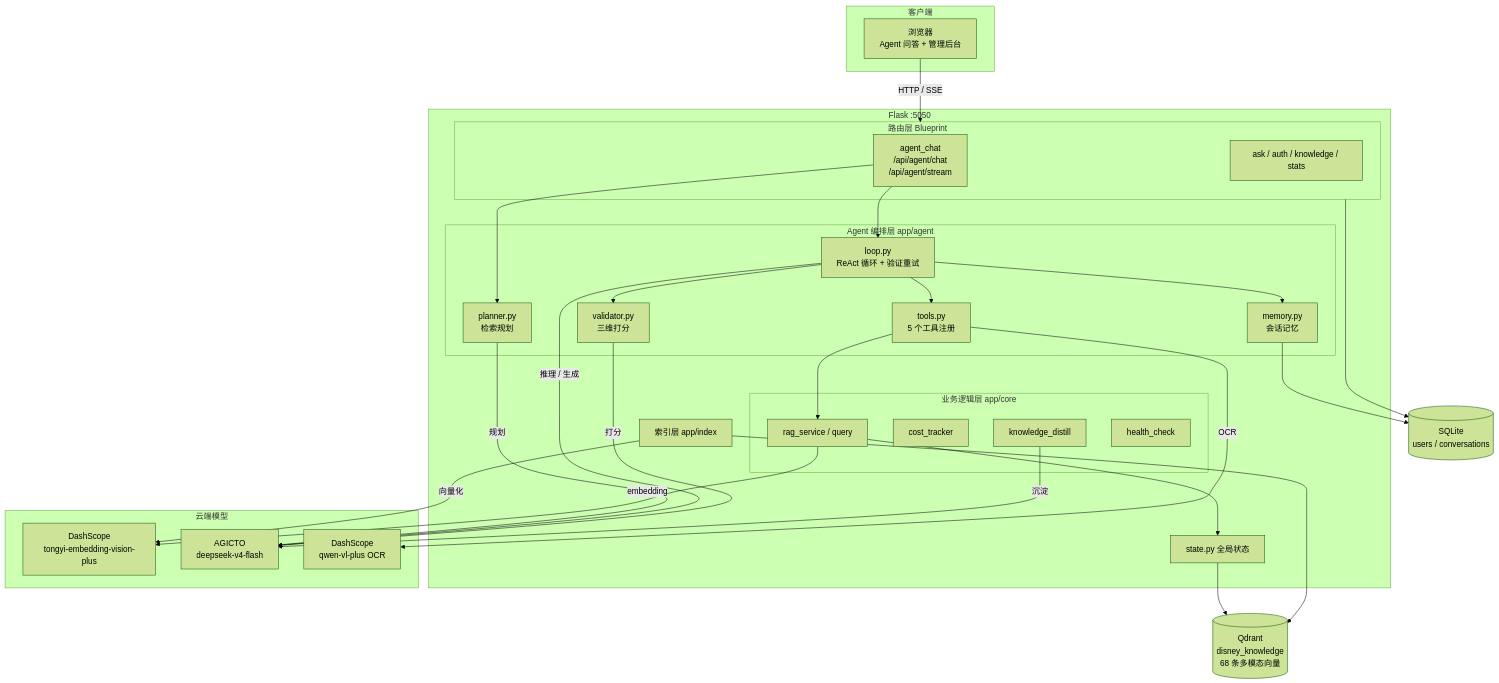
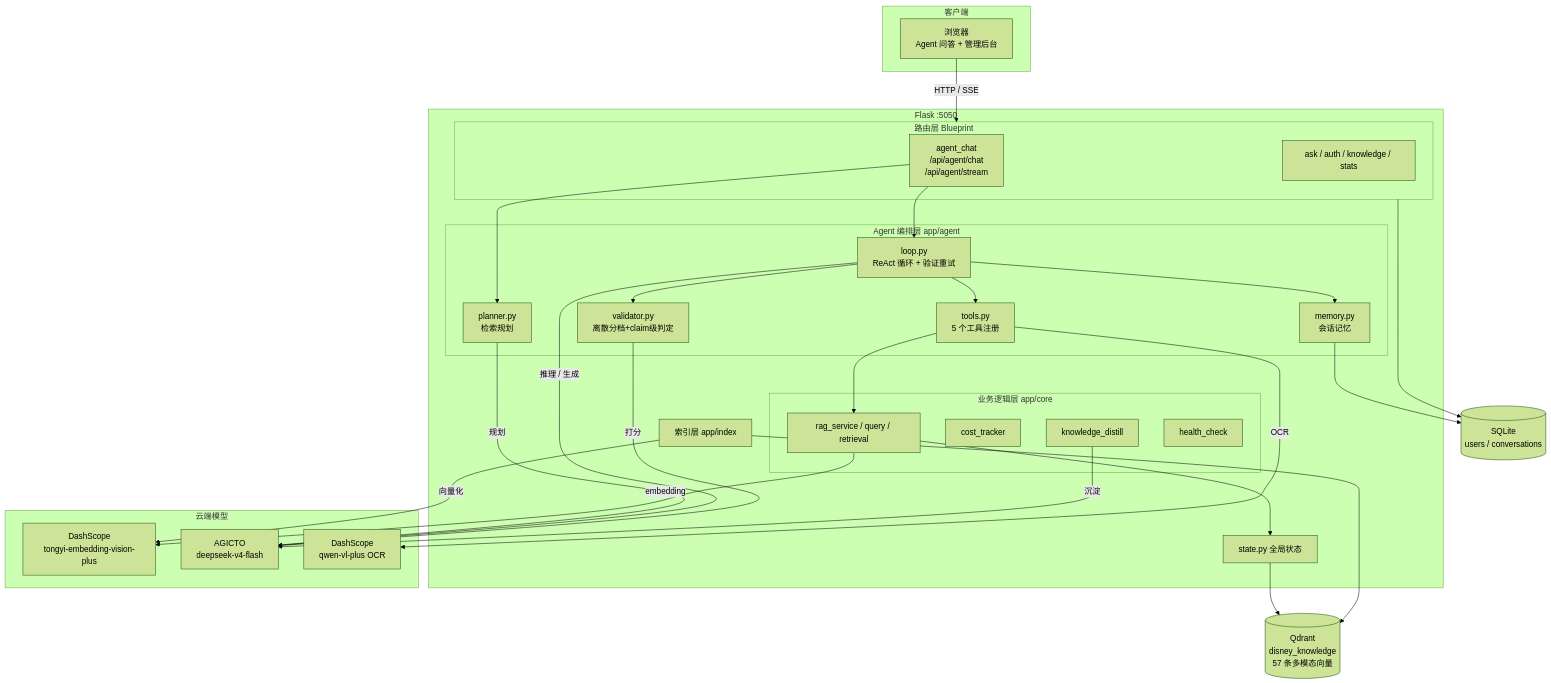
One commit to uxioaln/multimodal-rag changed the first of 2 diagrams in README.md. Above: the diagram before and after it, drawn with Mermaid (forest theme). The commit also changed other lines of this file and 18 other files, not shown here.

````diff
--- a/README.md
+++ b/README.md
@@ -17,60 +17,60 @@
 ```mermaid
 flowchart TD
     subgraph Client["客户端"]
         UI["浏览器<br/>Agent 问答 + 管理后台"]
     end
 
     subgraph Server["Flask :5050"]
         subgraph API["路由层 Blueprint"]
             AGENT["agent_chat<br/>/api/agent/chat<br/>/api/agent/stream"]
             ASK["ask / auth / knowledge / stats"]
         end
 
         subgraph AgentCore["Agent 编排层 app/agent"]
             PLANNER["planner.py<br/>检索规划"]
             LOOP["loop.py<br/>ReAct 循环 + 验证重试"]
             TOOLS["tools.py<br/>5 个工具注册"]
-            VALIDATOR["validator.py<br/>三维打分"]
+            VALIDATOR["validator.py<br/>离散分档+claim级判定"]
             MEMORY["memory.py<br/>会话记忆"]
         end
 
         subgraph Core["业务逻辑层 app/core"]
-            RAG["rag_service / query"]
+            RAG["rag_service / query / retrieval"]
             COST["cost_tracker"]
             DISTILL["knowledge_distill"]
             HEALTH["health_check"]
         end
 
         IDX["索引层 app/index"]
         STATE["state.py 全局状态"]
     end
 
-    QDRANT[("Qdrant<br/>disney_knowledge<br/>68 条多模态向量")]
+    QDRANT[("Qdrant<br/>disney_knowledge<br/>57 条多模态向量")]
     SQLITE[("SQLite<br/>users / conversations")]
 
     subgraph Cloud["云端模型"]
         EMB["DashScope<br/>tongyi-embedding-vision-plus"]
         LLM["AGICTO<br/>deepseek-v4-flash"]
         VLM["DashScope<br/>qwen-vl-plus OCR"]
     end
 
     UI -->|"HTTP / SSE"| API
     AGENT --> PLANNER
     AGENT --> LOOP
     LOOP --> TOOLS
     LOOP --> VALIDATOR
     LOOP --> MEMORY
     TOOLS --> RAG
     RAG --> STATE
     STATE --> QDRANT
     IDX -->|"向量化"| EMB
     IDX --> QDRANT
     API --> SQLITE
     MEMORY --> SQLITE
     PLANNER -->|"规划"| LLM
     LOOP -->|"推理 / 生成"| LLM
     VALIDATOR -->|"打分"| LLM
     RAG -->|"embedding"| EMB
     TOOLS -->|"OCR"| VLM
     DISTILL -->|"沉淀"| LLM
 ```
````
